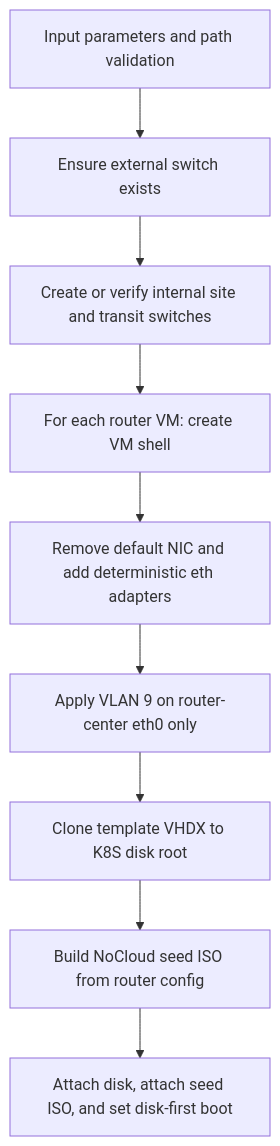
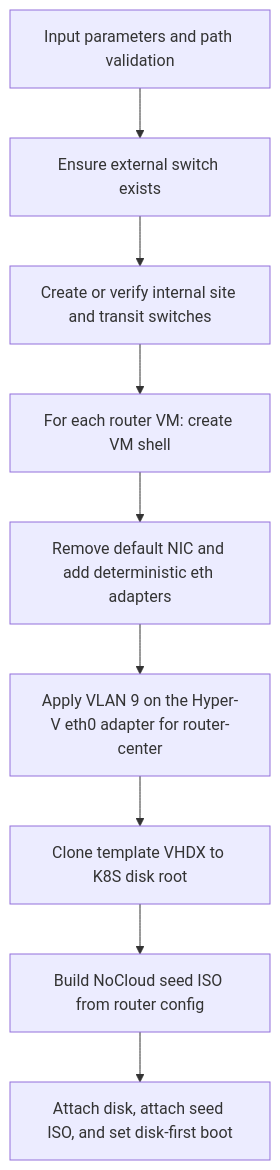
Before and after one commit to cantrellr/vyos-appgate-dren-lab: the third of 3 diagrams in docs/System-Design.md, drawn with Mermaid. The commit also changed other lines of this file and 9 other files, not shown here.

````diff
--- a/docs/System-Design.md
+++ b/docs/System-Design.md
@@ -193,11 +193,11 @@
 ```mermaid
 flowchart TD
   R0[Input parameters and path validation] --> R1[Ensure external switch exists]
   R1 --> R2[Create or verify internal site and transit switches]
   R2 --> R3[For each router VM: create VM shell]
   R3 --> R4[Remove default NIC and add deterministic eth adapters]
-  R4 --> R5[Apply VLAN 9 on router-center eth0 only]
+  R4 --> R5[Apply VLAN 9 on the Hyper-V eth0 adapter for router-center]
   R5 --> R6[Clone template VHDX to K8S disk root]
   R6 --> R7[Build NoCloud seed ISO from router config]
   R7 --> R8[Attach disk, attach seed ISO, and set disk-first boot]
 ```
````
